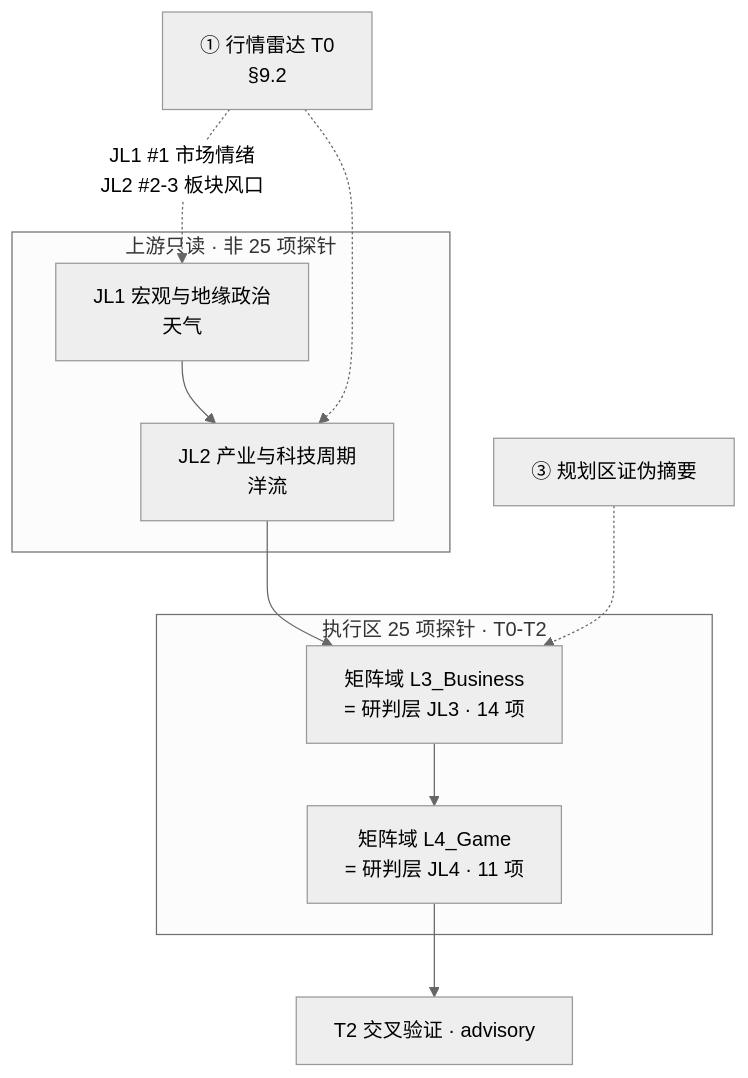
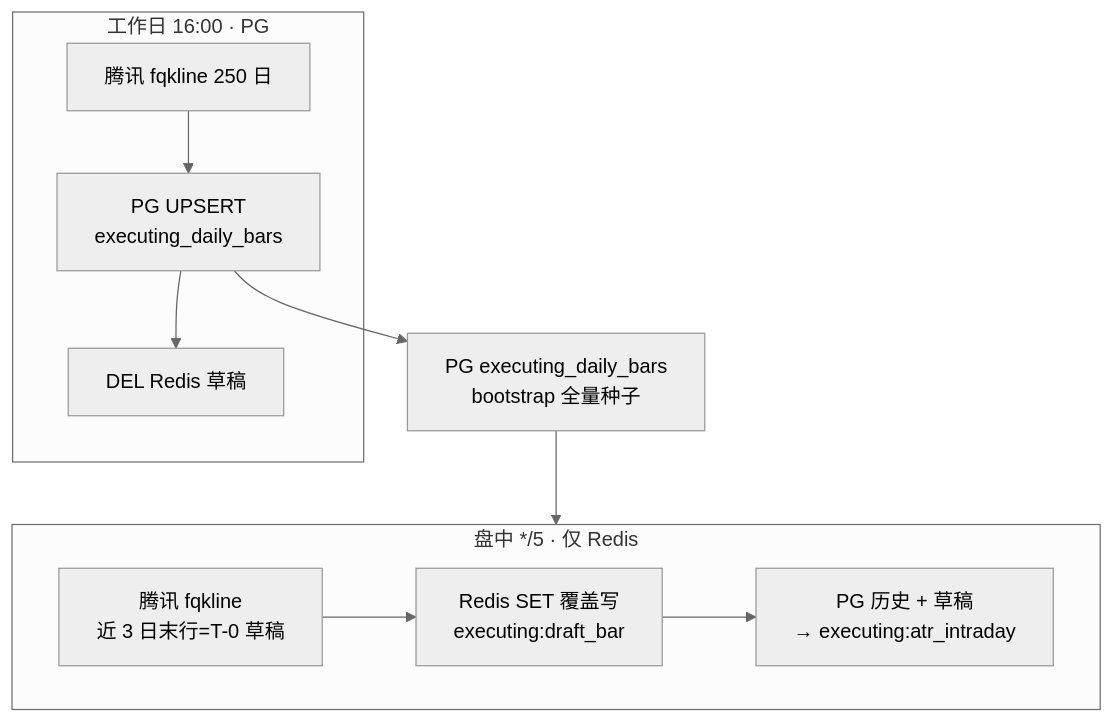
Before and after one commit to myxxhui/diting-doc: the third of 6 diagrams in 03_原子目标与规约/_共享规约/28_执行中工作区_标的深度监控_T0-T2开发计划.md, drawn with Mermaid (neutral theme). The commit also changed other lines of this file and 12 other files, not shown here.

````diff
--- a/03_原子目标与规约/_共享规约/28_执行中工作区_标的深度监控_T0-T2开发计划.md
+++ b/03_原子目标与规约/_共享规约/28_执行中工作区_标的深度监控_T0-T2开发计划.md
@@ -92,20 +324,13 @@
 ```mermaid
 flowchart TB
-  subgraph upstream["上游只读 · 非 25 项探针"]
-    JL1["JL1 宏观与地缘政治<br/>天气"]
-    JL2["JL2 产业与科技周期<br/>洋流"]
+  subgraph intraday["盘中 */5 · 仅 Redis"]
+    TX1["腾讯 fqkline<br/>近 3 日末行=T-0 草稿"] --> OW["Redis SET 覆盖写<br/>executing:draft_bar"]
+    OW --> ATR["PG 历史 + 草稿<br/>→ executing:atr_intraday"]
   end
-  subgraph executing["执行区 25 项探针 · T0-T2"]
-    M3["矩阵域 L3_Business<br/>= 研判层 JL3 · 14 项"]
-    M4["矩阵域 L4_Game<br/>= 研判层 JL4 · 11 项"]
+  subgraph eod["工作日 16:00 · PG"]
+    TX2["腾讯 fqkline 250 日"] --> UPSERT["PG UPSERT<br/>executing_daily_bars"]
+    UPSERT --> CLR["DEL Redis 草稿"]
   end
-  RADAR["① 行情雷达 T0<br/>§9.2"]
-  PLAN["③ 规划区证伪摘要"]
-  JL1 --> JL2
-  JL2 --> M3
-  M3 --> M4
-  RADAR -.->|JL1 #1 市场情绪<br/>JL2 #2-3 板块风口| JL1
-  RADAR -.-> JL2
-  PLAN -.-> M3
-  M4 --> OUT["T2 交叉验证 · advisory"]
+  PG["PG executing_daily_bars<br/>bootstrap 全量种子"] --> intraday
+  UPSERT --> PG
 ```
````
